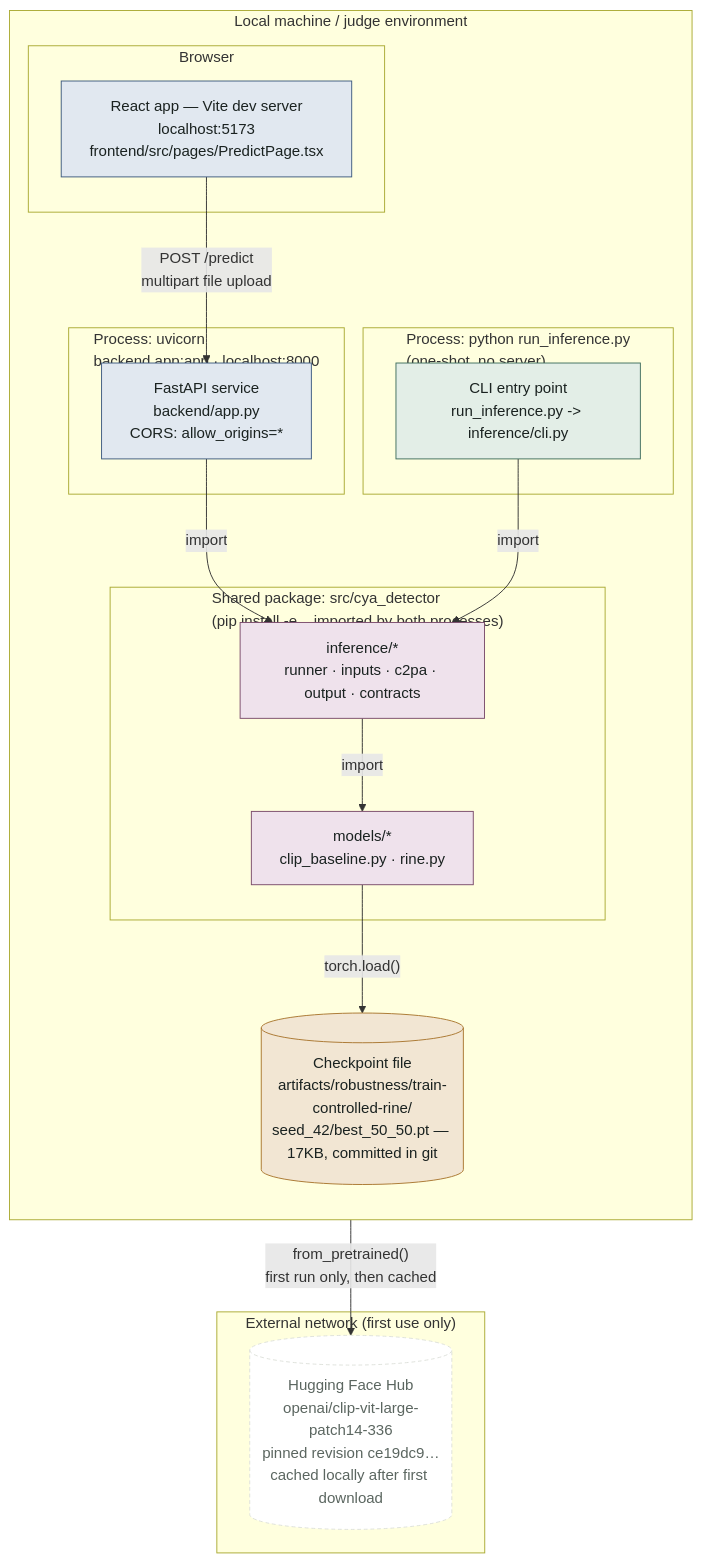
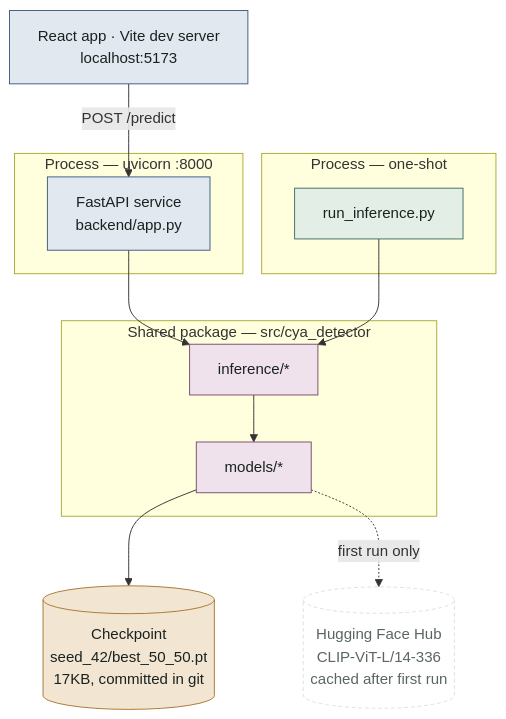
The diagram in README.md (maxi-cmyk/cya-techjam26), drawn with Mermaid before and after one commit.

Commit message:
docs: fix overlapping labels in architecture diagram
Flatten the 4-level nested subgraphs down to one level and shorten
node labels — the deep nesting was causing text to overlap in
GitHub's mermaid renderer.

Claude-Session: https://claude.ai/code/session_01B9mFd8ULUcRdGtRPfaUe3c

````diff
--- a/README.md
+++ b/README.md
@@ -54,48 +54,39 @@
 ```mermaid
 flowchart TB
-    subgraph MACHINE["Local machine / judge environment"]
-        direction TB
+    UI["React app · Vite dev server<br/>localhost:5173"]
 
-        subgraph BROWSER["Browser"]
-            UI["React app — Vite dev server<br/>localhost:5173<br/>frontend/src/pages/PredictPage.tsx"]
-        end
-
-        subgraph PROC_API["Process: uvicorn<br/>backend.app:app · localhost:8000"]
-            API["FastAPI service<br/>backend/app.py<br/>CORS: allow_origins=*"]
-        end
-
-        subgraph PROC_CLI["Process: python run_inference.py<br/>(one-shot, no server)"]
-            CLI["CLI entry point<br/>run_inference.py -> inference/cli.py"]
-        end
-
-        subgraph PKG["Shared package: src/cya_detector<br/>(pip install -e ., imported by both processes)"]
-            CORE["inference/*<br/>runner · inputs · c2pa · output · contracts"]
-            MODELS["models/*<br/>clip_baseline.py · rine.py"]
-        end
-
-        CKPT[("Checkpoint file<br/>artifacts/robustness/train-controlled-rine/<br/>seed_42/best_50_50.pt — 17KB, committed in git")]
+    subgraph API_PROC["Process — uvicorn :8000"]
+        API["FastAPI service<br/>backend/app.py"]
     end
 
-    subgraph EXTERNAL["External network (first use only)"]
-        HF[("Hugging Face Hub<br/>openai/clip-vit-large-patch14-336<br/>pinned revision ce19dc9…<br/>cached locally after first download")]
+    subgraph CLI_PROC["Process — one-shot"]
+        CLI["run_inference.py"]
     end
 
-    UI -->|"POST /predict<br/>multipart file upload"| API
-    API -->|"import"| CORE
-    CLI -->|"import"| CORE
-    CORE -->|"import"| MODELS
-    MODELS -->|"torch.load()"| CKPT
-    MODELS -->|"from_pretrained()<br/>first run only, then cached"| HF
+    subgraph PKG["Shared package — src/cya_detector"]
+        CORE["inference/*"]
+        MODELS["models/*"]
+    end
+
+    CKPT[("Checkpoint<br/>seed_42/best_50_50.pt<br/>17KB, committed in git")]
+    HF[("Hugging Face Hub<br/>CLIP-ViT-L/14-336<br/>cached after first run")]
+
+    UI -->|"POST /predict"| API
+    API --> CORE
+    CLI --> CORE
+    CORE --> MODELS
+    MODELS --> CKPT
+    MODELS -.->|"first run only"| HF
 
     classDef proc fill:#e1e8f0,stroke:#3d5a80,color:#1a2220;
     classDef cliproc fill:#e3eee7,stroke:#3f6e5e,color:#1a2220;
     classDef pkg fill:#efe2ec,stroke:#7a4b6b,color:#1a2220;
     classDef store fill:#f2e6d3,stroke:#a9762e,color:#1a2220;
     classDef ext fill:#ffffff,stroke:#dde1da,color:#5b6660,stroke-dasharray:4 3;
 
     class UI,API proc;
     class CLI cliproc;
     class CORE,MODELS pkg;
     class CKPT store;
     class HF ext;
 ```
````
